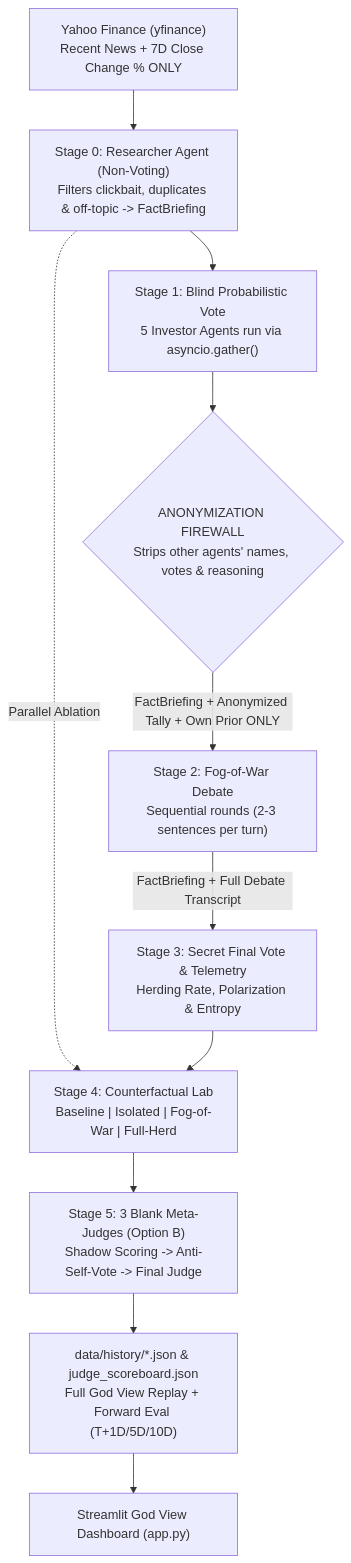
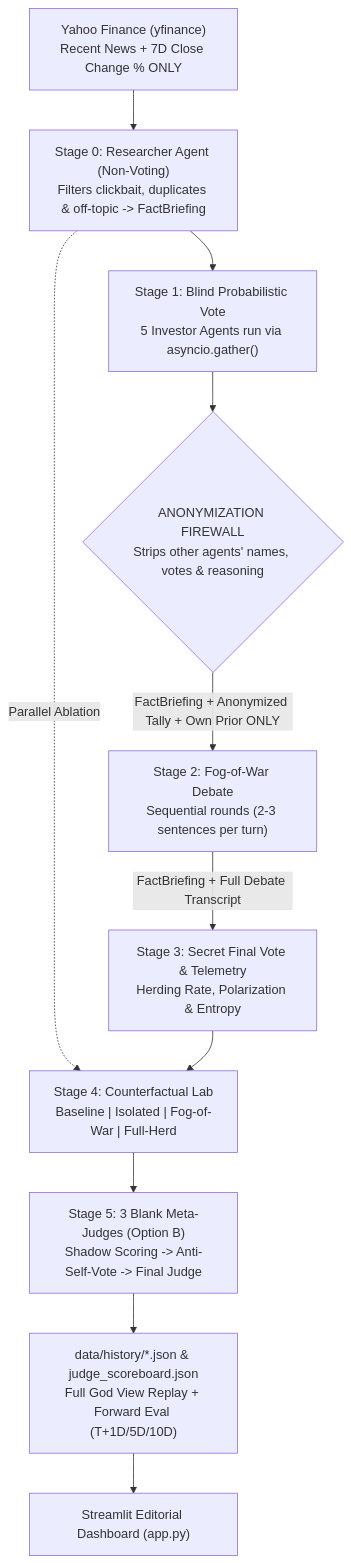
One commit to daniel01-bit/AI-stock-council-sim changed the diagram in README.md. Above: the diagram before and after it, drawn with Mermaid. The commit also changed other lines of this file and 1 other file, not shown here.

````diff
--- a/README.md
+++ b/README.md
@@ -27,13 +47,13 @@
 ```mermaid
 flowchart TD
     YF["Yahoo Finance (yfinance)<br/>Recent News + 7D Close Change % ONLY"] --> S0["Stage 0: Researcher Agent (Non-Voting)<br/>Filters clickbait, duplicates & off-topic -> FactBriefing"]
     S0 --> S1["Stage 1: Blind Probabilistic Vote<br/>5 Investor Agents run via asyncio.gather()"]
     S1 --> FW{"ANONYMIZATION FIREWALL<br/>Strips other agents' names, votes & reasoning"}
     FW -->|"FactBriefing + Anonymized Tally + Own Prior ONLY"| S2["Stage 2: Fog-of-War Debate<br/>Sequential rounds (2-3 sentences per turn)"]
     S2 -->|"FactBriefing + Full Debate Transcript"| S3["Stage 3: Secret Final Vote & Telemetry<br/>Herding Rate, Polarization & Entropy"]
     S0 -.->|"Parallel Ablation"| LAB["Stage 4: Counterfactual Lab<br/>Baseline | Isolated | Fog-of-War | Full-Herd"]
     S3 --> LAB
     LAB --> MJ["Stage 5: 3 Blank Meta-Judges (Option B)<br/>Shadow Scoring -> Anti-Self-Vote -> Final Judge"]
     MJ --> STORE["data/history/*.json & judge_scoreboard.json<br/>Full God View Replay + Forward Eval (T+1D/5D/10D)"]
-    STORE --> UI["Streamlit God View Dashboard (app.py)"]
+    STORE --> UI["Streamlit Editorial Dashboard (app.py)"]
 ```
````
